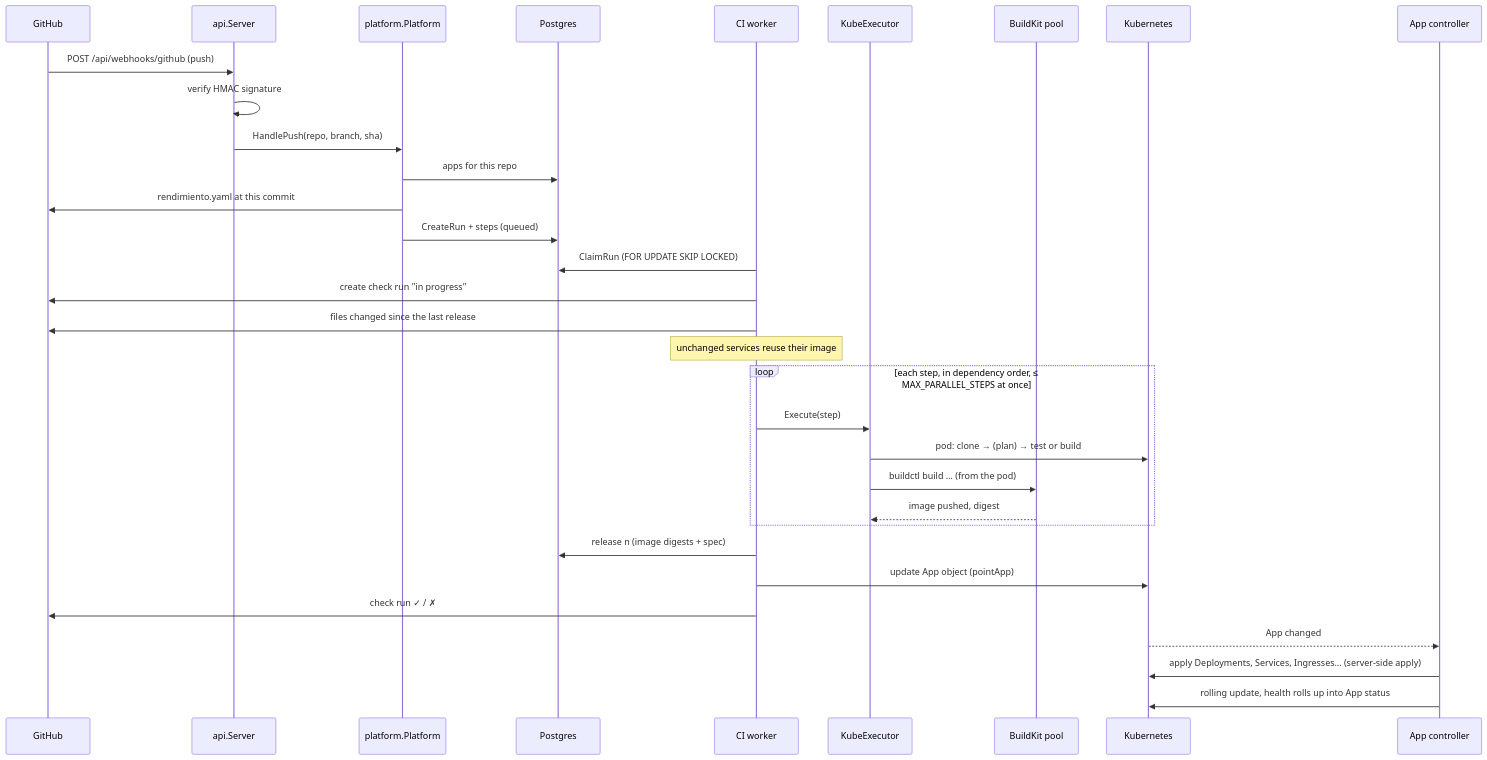
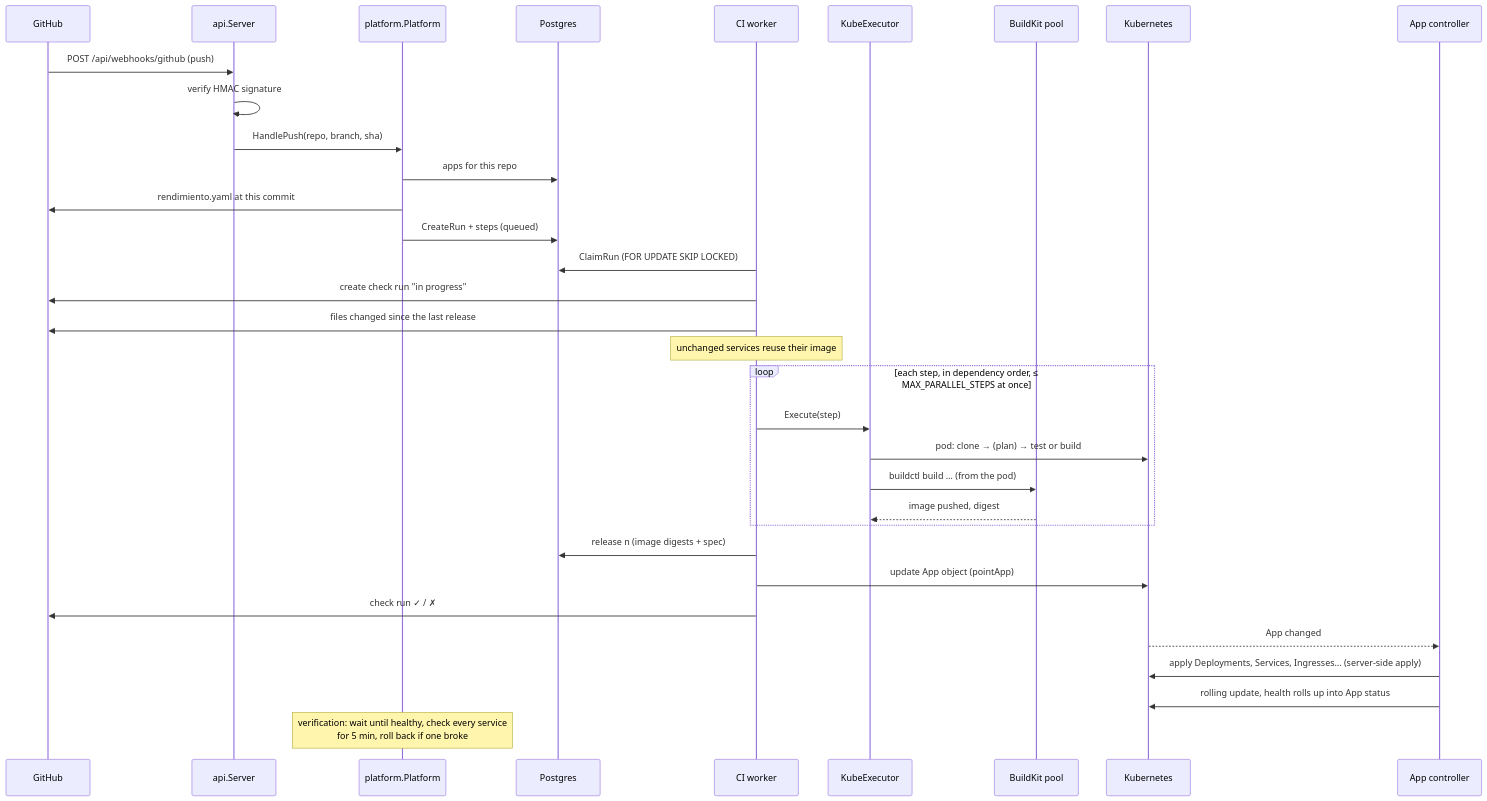
The second of 6 diagrams in docs/content/architecture/flows.md (p0dxD/rendimiento.ai), drawn with Mermaid before and after one commit. The commit also changed 18 other files, not shown here.

````diff
--- a/docs/content/architecture/flows.md
+++ b/docs/content/architecture/flows.md
@@ -41,34 +41,35 @@
 ```mermaid
 sequenceDiagram
     participant GH as GitHub
     participant API as api.Server
     participant P as platform.Platform
     participant DB as Postgres
     participant W as CI worker
     participant X as KubeExecutor
     participant BK as BuildKit pool
     participant K as Kubernetes
     participant C as App controller
     GH->>API: POST /api/webhooks/github (push)
     API->>API: verify HMAC signature
     API->>P: HandlePush(repo, branch, sha)
     P->>DB: apps for this repo
     P->>GH: rendimiento.yaml at this commit
     P->>DB: CreateRun + steps (queued)
     W->>DB: ClaimRun (FOR UPDATE SKIP LOCKED)
     W->>GH: create check run "in progress"
     W->>GH: files changed since the last release
     Note over W: unchanged services reuse their image
     loop each step, in dependency order, ≤ MAX_PARALLEL_STEPS at once
         W->>X: Execute(step)
         X->>K: pod: clone → (plan) → test or build
         X->>BK: buildctl build … (from the pod)
         BK-->>X: image pushed, digest
     end
     W->>DB: release n (image digests + spec)
     W->>K: update App object (pointApp)
     W->>GH: check run ✓ / ✗
     K-->>C: App changed
     C->>K: apply Deployments, Services, Ingresses… (server-side apply)
     C->>K: rolling update, health rolls up into App status
+    Note over P: verification: wait until healthy, check every service<br/>for 5 min, roll back if one broke
 ```
````
